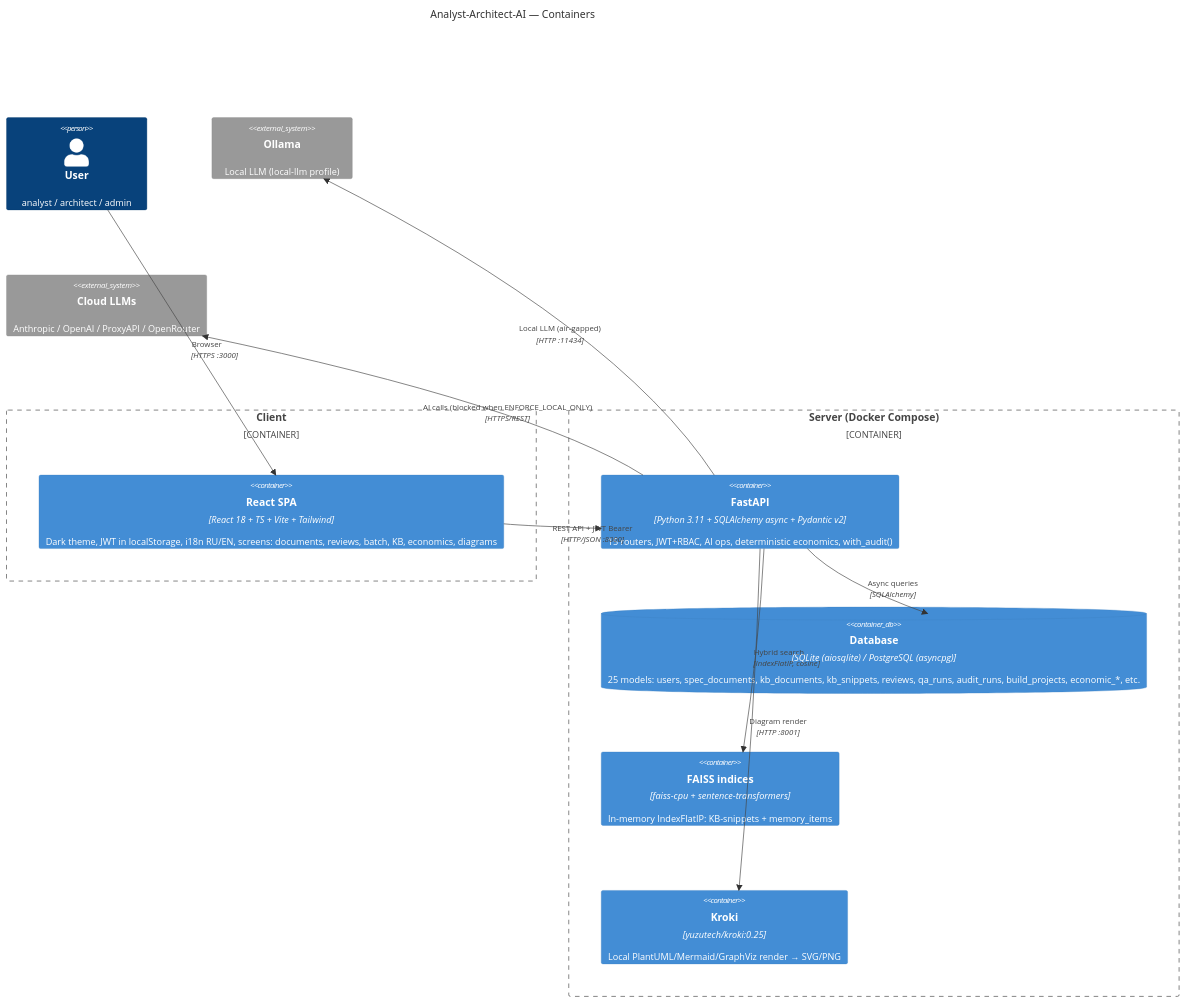
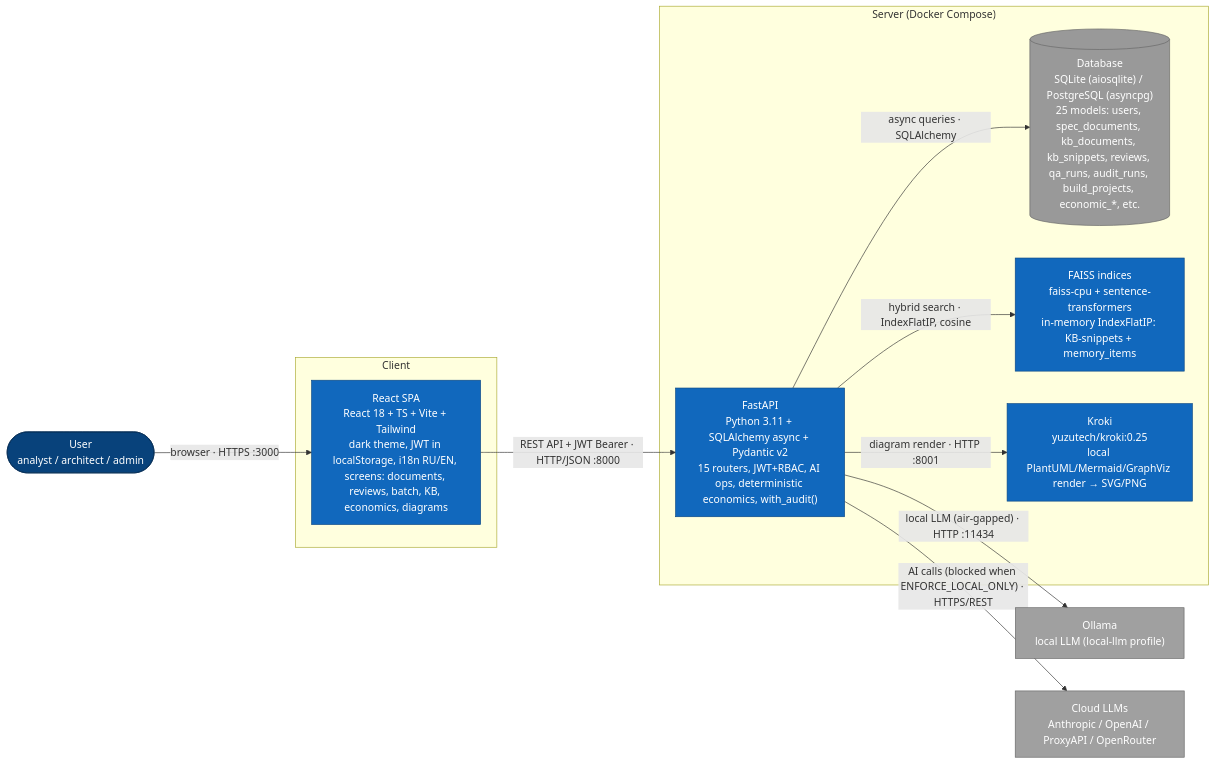
One commit to MatveiV/Analyst-Architect-AI changed the second of 8 diagrams in docs/user-guide-en.md. Above: the diagram before and after it, drawn with Mermaid. The commit also changed other lines of this file and 2 other files, not shown here.

Commit message:
Fix C4 diagrams in README and user-guides: rewrite PlantUML C4 syntax in mermaid fences as valid Mermaid

````diff
--- a/docs/user-guide-en.md
+++ b/docs/user-guide-en.md
@@ -98,28 +103,36 @@
 ```mermaid
-C4Container
-    title Analyst-Architect-AI — Containers
+flowchart LR
+    classDef person fill:#08427b,stroke:#052e56,color:#ffffff
+    classDef cont fill:#1168bd,stroke:#0b4884,color:#ffffff
+    classDef storage fill:#999999,stroke:#666666,color:#ffffff
+    classDef ext fill:#a0a0a0,stroke:#666666,color:#ffffff,stroke-width:1px
 
-    Person(user, "User", "analyst / architect / admin")
+    user(["User<br/>analyst / architect / admin"])
 
-    Container_Boundary(spa, "Client") {
-        Container(frontend, "React SPA", "React 18 + TS + Vite + Tailwind", "Dark theme, JWT in localStorage, i18n RU/EN, screens: documents, reviews, batch, KB, economics, diagrams")
-    }
+    subgraph spa["Client"]
+        frontend["React SPA<br/>React 18 + TS + Vite + Tailwind<br/>dark theme, JWT in localStorage, i18n RU/EN, screens: documents, reviews, batch, KB, economics, diagrams"]
+    end
 
-    Container_Boundary(server, "Server (Docker Compose)") {
-        Container(backend, "FastAPI", "Python 3.11 + SQLAlchemy async + Pydantic v2", "15 routers, JWT+RBAC, AI ops, deterministic economics, with_audit()")
-        ContainerDb(db, "Database", "SQLite (aiosqlite) / PostgreSQL (asyncpg)", "25 models: users, spec_documents, kb_documents, kb_snippets, reviews, qa_runs, audit_runs, build_projects, economic_*, etc.")
-        Container(faiss, "FAISS indices", "faiss-cpu + sentence-transformers", "In-memory IndexFlatIP: KB-snippets + memory_items")
-        Container(kroki_c, "Kroki", "yuzutech/kroki:0.25", "Local PlantUML/Mermaid/GraphViz render → SVG/PNG")
-    }
+    subgraph server["Server (Docker Compose)"]
+        backend["FastAPI<br/>Python 3.11 + SQLAlchemy async + Pydantic v2<br/>15 routers, JWT+RBAC, AI ops, deterministic economics, with_audit()"]
+        db[("Database<br/>SQLite (aiosqlite) / PostgreSQL (asyncpg)<br/>25 models: users, spec_documents, kb_documents, kb_snippets, reviews, qa_runs, audit_runs, build_projects, economic_*, etc.")]
+        faiss["FAISS indices<br/>faiss-cpu + sentence-transformers<br/>in-memory IndexFlatIP: KB-snippets + memory_items"]
+        kroki_c["Kroki<br/>yuzutech/kroki:0.25<br/>local PlantUML/Mermaid/GraphViz render → SVG/PNG"]
+    end
 
-    System_Ext(ollama_c, "Ollama", "Local LLM (local-llm profile)")
-    System_Ext(llm, "Cloud LLMs", "Anthropic / OpenAI / ProxyAPI / OpenRouter")
+    ollama_c["Ollama<br/>local LLM (local-llm profile)"]
+    llm["Cloud LLMs<br/>Anthropic / OpenAI / ProxyAPI / OpenRouter"]
 
-    Rel(user, frontend, "Browser", "HTTPS :3000")
-    Rel(frontend, backend, "REST API + JWT Bearer", "HTTP/JSON :8000")
-    Rel(backend, db, "Async queries", "SQLAlchemy")
-    Rel(backend, faiss, "Hybrid search", "IndexFlatIP, cosine")
-    Rel(backend, kroki_c, "Diagram render", "HTTP :8001")
-    Rel(backend, ollama_c, "Local LLM (air-gapped)", "HTTP :11434")
-    Rel(backend, llm, "AI calls (blocked when ENFORCE_LOCAL_ONLY)", "HTTPS/REST")
+    user -->|"browser · HTTPS :3000"| frontend
+    frontend -->|"REST API + JWT Bearer · HTTP/JSON :8000"| backend
+    backend -->|"async queries · SQLAlchemy"| db
+    backend -->|"hybrid search · IndexFlatIP, cosine"| faiss
+    backend -->|"diagram render · HTTP :8001"| kroki_c
+    backend -->|"local LLM (air-gapped) · HTTP :11434"| ollama_c
+    backend -->|"AI calls (blocked when ENFORCE_LOCAL_ONLY) · HTTPS/REST"| llm
+
+    class user person
+    class frontend,backend,faiss,kroki_c cont
+    class db storage
+    class ollama_c,llm ext
 ```
````
